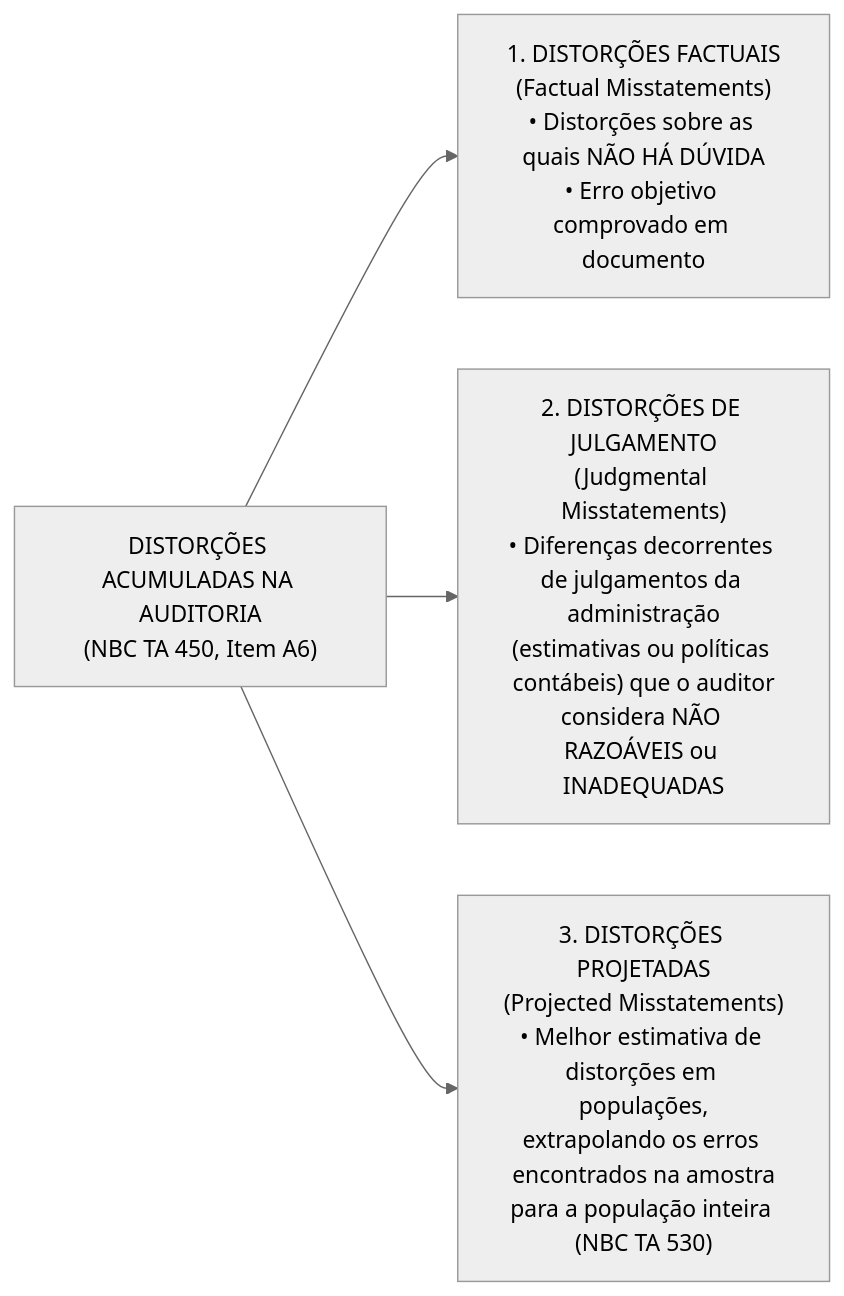
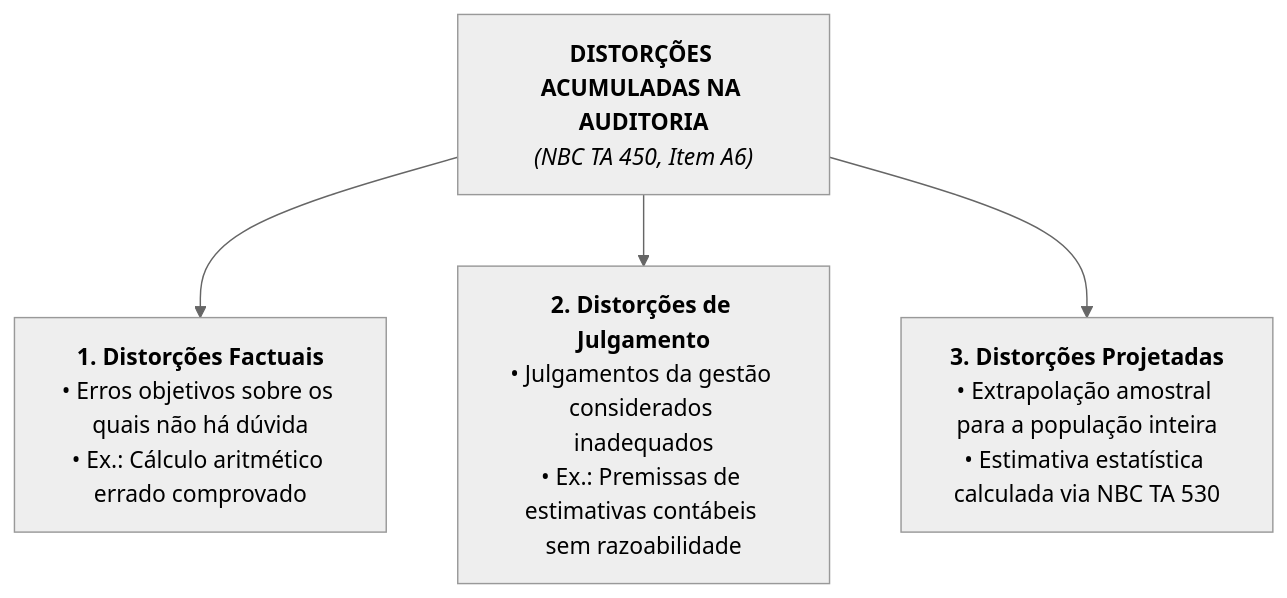
One commit to gilsonnogueira/OpenConcursos changed the third of 6 diagrams in docs/19-auditoria/03-ciclo-operacional-auditoria-independente/03-materialidade-e-tratamento-de-fraudes-nbc-ta-320-240.md. Above: the diagram before and after it, drawn with Mermaid (neutral theme). The commit also changed 17 other files, not shown here.

Commit message:
style(diagrams): verticaliza todos os diagramas Mermaid para legibilidade em painel vertical

````diff
--- a/docs/19-auditoria/03-ciclo-operacional-auditoria-independente/03-materialidade-e-tratamento-de-fraudes-nbc-ta-320-240.md
+++ b/docs/19-auditoria/03-ciclo-operacional-auditoria-independente/03-materialidade-e-tratamento-de-fraudes-nbc-ta-320-240.md
@@ -151,10 +151,10 @@
 ```mermaid
-flowchart LR
-    DIST["DISTORÇÕES ACUMULADAS NA AUDITORIA<br/>(NBC TA 450, Item A6)"]
+flowchart TD
+    DIST["<b>DISTORÇÕES ACUMULADAS NA AUDITORIA</b><br/><i>(NBC TA 450, Item A6)</i>"]
     
-    DIST --> D1["1. DISTORÇÕES FACTUAIS<br/>(Factual Misstatements)<br/>• Distorções sobre as quais NÃO HÁ DÚVIDA<br/>• Erro objetivo comprovado em documento"]
+    DIST --> D1["<b>1. Distorções Factuais</b><br/>• Erros objetivos sobre os quais não há dúvida<br/>• Ex.: Cálculo aritmético errado comprovado"]
     
-    DIST --> D2["2. DISTORÇÕES DE JULGAMENTO<br/>(Judgmental Misstatements)<br/>• Diferenças decorrentes de julgamentos da administração<br/>(estimativas ou políticas contábeis) que o auditor<br/>considera NÃO RAZOÁVEIS ou INADEQUADAS"]
+    DIST --> D2["<b>2. Distorções de Julgamento</b><br/>• Julgamentos da gestão considerados inadequados<br/>• Ex.: Premissas de estimativas contábeis sem razoabilidade"]
     
-    DIST --> D3["3. DISTORÇÕES PROJETADAS<br/>(Projected Misstatements)<br/>• Melhor estimativa de distorções em populações,<br/>extrapolando os erros encontrados na amostra<br/>para a população inteira (NBC TA 530)"]
+    DIST --> D3["<b>3. Distorções Projetadas</b><br/>• Extrapolação amostral para a população inteira<br/>• Estimativa estatística calculada via NBC TA 530"]
 ```
````
